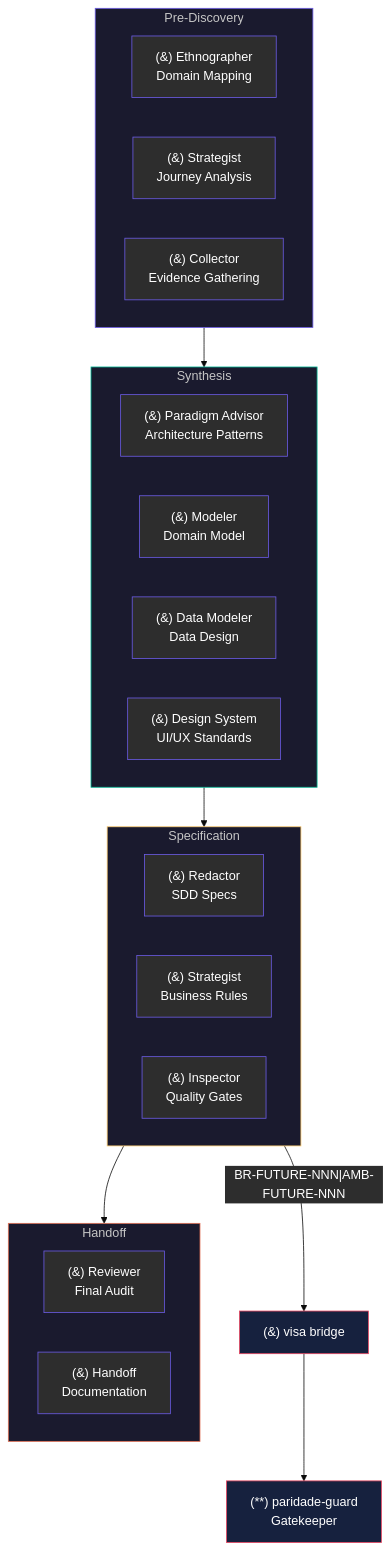
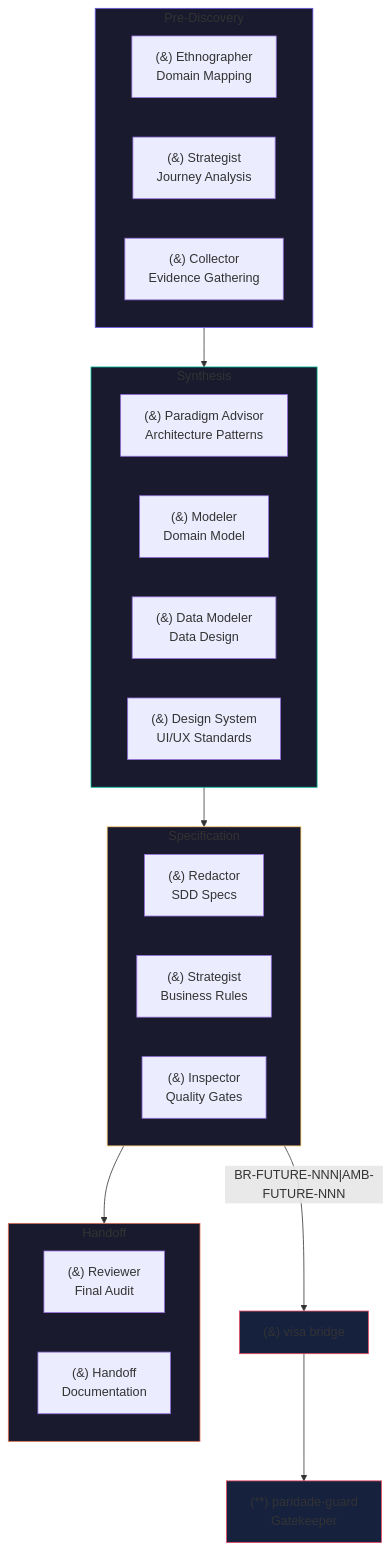
One commit to Adgmed2018/visa changed the first of 4 diagrams in README.md. Above: the diagram before and after it, drawn with Mermaid. The commit also changed other lines of this file and 4 other files, not shown here.

Commit message:
Remove hardcoded mermaid themes to use default styling

````diff
--- a/README.md
+++ b/README.md
@@ -40,39 +40,38 @@
 ```mermaid
-%%{init: {'theme': 'base', 'themeVariables': { 'primaryColor': '#2d2d2d', 'primaryTextColor': '#fff', 'primaryBorderColor': '#6c5ce7'}}}%%
 flowchart TB
     subgraph PRE["Pre-Discovery"]
         E1["(&) Ethnographer<br/>Domain Mapping"]
         E2["(&) Strategist<br/>Journey Analysis"]
         E3["(&) Collector<br/>Evidence Gathering"]
     end
 
     subgraph SYN["Synthesis"]
         S1["(&) Paradigm Advisor<br/>Architecture Patterns"]
         S2["(&) Modeler<br/>Domain Model"]
         S3["(&) Data Modeler<br/>Data Design"]
         S4["(&) Design System<br/>UI/UX Standards"]
     end
 
     subgraph SPEC["Specification"]
         SP1["(&) Redactor<br/>SDD Specs"]
         SP2["(&) Strategist<br/>Business Rules"]
         SP3["(&) Inspector<br/>Quality Gates"]
     end
 
     subgraph Handoff["Handoff"]
         H1["(&) Reviewer<br/>Final Audit"]
         H2["(&) Handoff<br/>Documentation"]
     end
 
     PRE --> SYN --> SPEC --> Handoff
 
     SPEC -->|"BR-FUTURE-NNN|AMB-FUTURE-NNN"| BRIDGE["(&) visa bridge"]
     BRIDGE --> PG["(**) paridade-guard<br/>Gatekeeper"]
 
     style PRE fill:#1a1a2e,stroke:#6c5ce7
     style SYN fill:#1a1a2e,stroke:#00b894
     style SPEC fill:#1a1a2e,stroke:#fdcb6e
     style Handoff fill:#1a1a2e,stroke:#e17055
     style BRIDGE fill:#16213e,stroke:#e94560
     style PG fill:#16213e,stroke:#e94560
 ```
````
